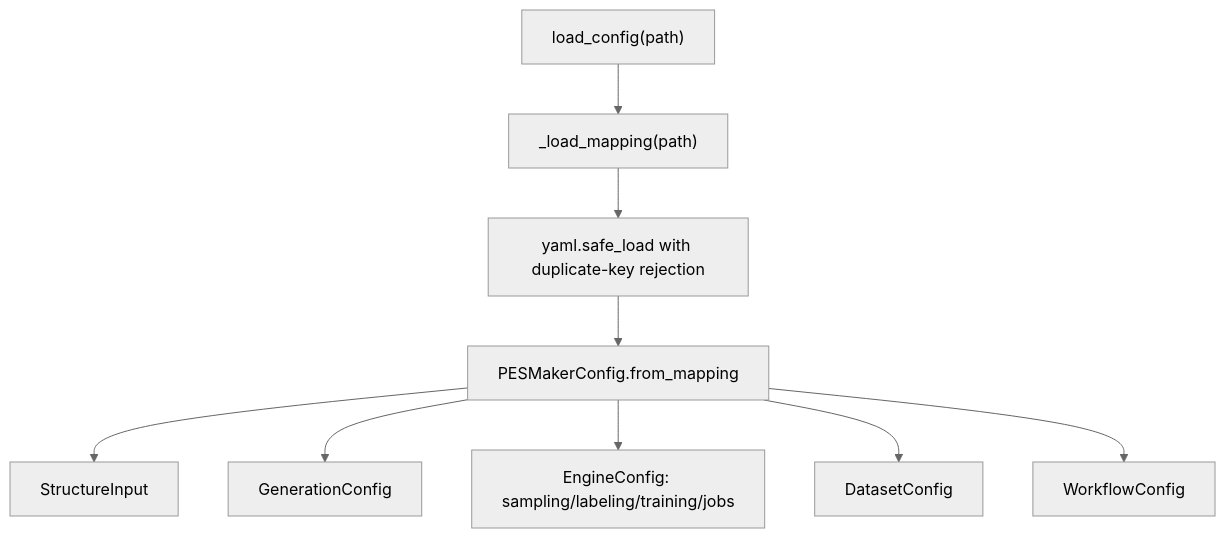
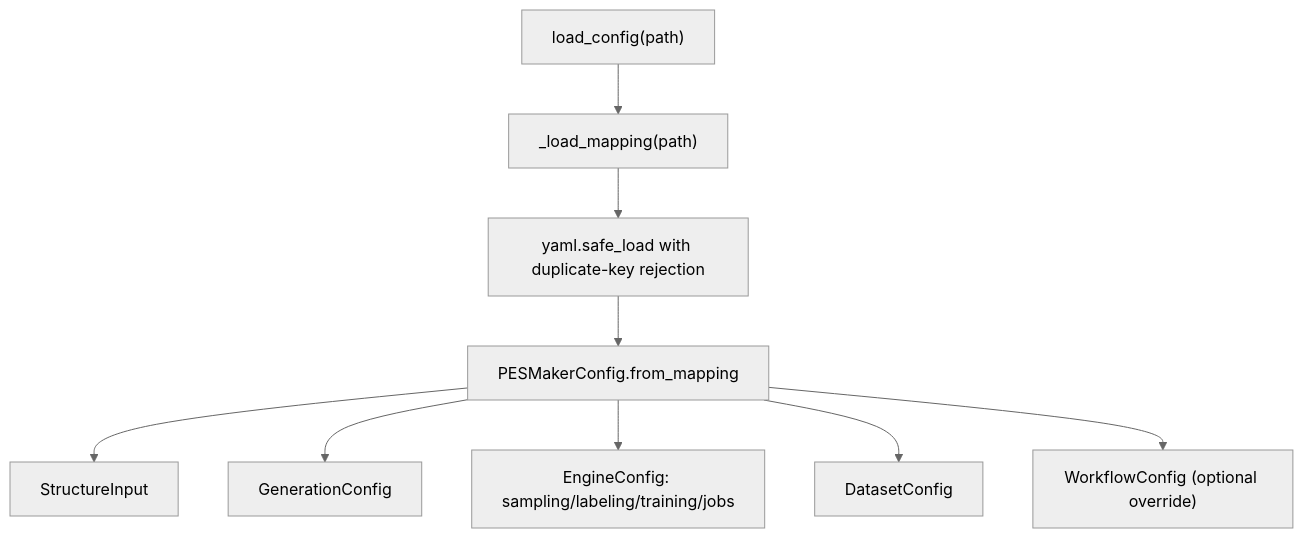
The second of 4 diagrams in docs/CODE_LOGIC.md (litupLetian/PESMaker_litupVer), drawn with Mermaid (neutral theme) before and after one commit. The commit also changed other lines of this file and 19 other files, not shown here.

````diff
--- a/docs/CODE_LOGIC.md
+++ b/docs/CODE_LOGIC.md
@@ -28,11 +28,11 @@
 ```mermaid
 flowchart TD
     A["load_config(path)"] --> B["_load_mapping(path)"]
     B --> C["yaml.safe_load with duplicate-key rejection"]
     C --> D["PESMakerConfig.from_mapping"]
     D --> E["StructureInput"]
     D --> F["GenerationConfig"]
     D --> G["EngineConfig: sampling/labeling/training/jobs"]
     D --> H["DatasetConfig"]
-    D --> I["WorkflowConfig"]
+    D --> I["WorkflowConfig (optional override)"]
 ```
````
